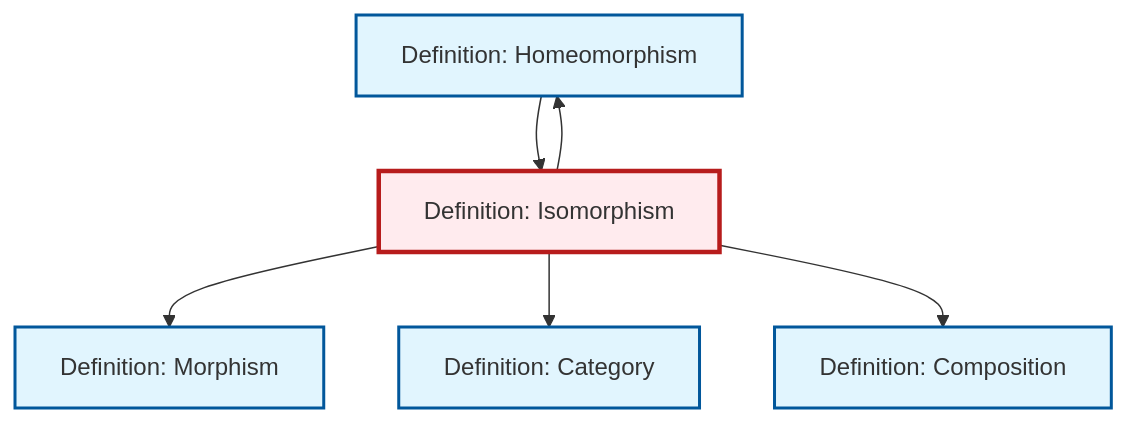
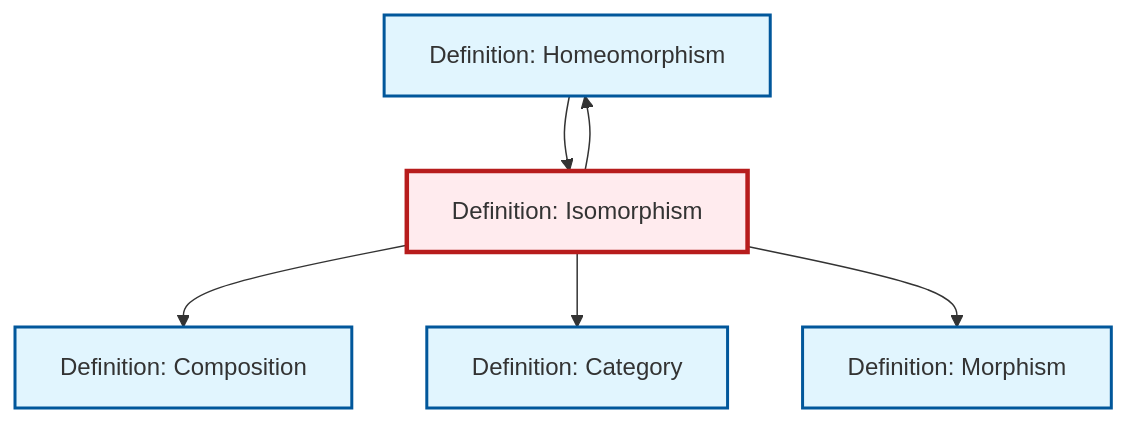
The diagram in content/en/category-theory/def-isomorphism.qmd (RK0429/ModernMath), drawn with Mermaid before and after one commit. The commit also changed other lines of this file and 554 other files, not shown here.

````diff
--- a/content/en/category-theory/def-isomorphism.qmd
+++ b/content/en/category-theory/def-isomorphism.qmd
@@ -83,24 +84,24 @@
 ```{mermaid}
 %%| fig-cap: "Local dependency graph"
 graph TD
     classDef definition fill:#e1f5fe,stroke:#01579b,stroke-width:2px
     classDef theorem fill:#f3e5f5,stroke:#4a148c,stroke-width:2px
     classDef axiom fill:#fff3e0,stroke:#e65100,stroke-width:2px
     classDef example fill:#e8f5e9,stroke:#1b5e20,stroke-width:2px
     classDef current fill:#ffebee,stroke:#b71c1c,stroke-width:3px
+    def-category["Definition: Category"]:::definition
     def-homeomorphism["Definition: Homeomorphism"]:::definition
-    def-category["Definition: Category"]:::definition
+    def-isomorphism["Definition: Isomorphism"]:::definition
+    def-morphism["Definition: Morphism"]:::definition
     def-composition["Definition: Composition"]:::definition
-    def-morphism["Definition: Morphism"]:::definition
-    def-isomorphism["Definition: Isomorphism"]:::definition
-    def-isomorphism --> def-morphism
+    def-isomorphism --> def-composition
+    def-isomorphism --> def-homeomorphism
     def-isomorphism --> def-category
     def-homeomorphism --> def-isomorphism
-    def-isomorphism --> def-composition
-    def-isomorphism --> def-homeomorphism
+    def-isomorphism --> def-morphism
     class def-isomorphism current
+    click def-category "def-category.html" "Go to Category definition"
     click def-homeomorphism "def-homeomorphism.html" "Go to Homeomorphism definition"
-    click def-category "def-category.html" "Go to Category definition"
+    click def-morphism "def-morphism.html" "Go to Morphism definition"
     click def-composition "def-composition.html" "Go to Composition definition"
-    click def-morphism "def-morphism.html" "Go to Morphism definition"
 ```
````
